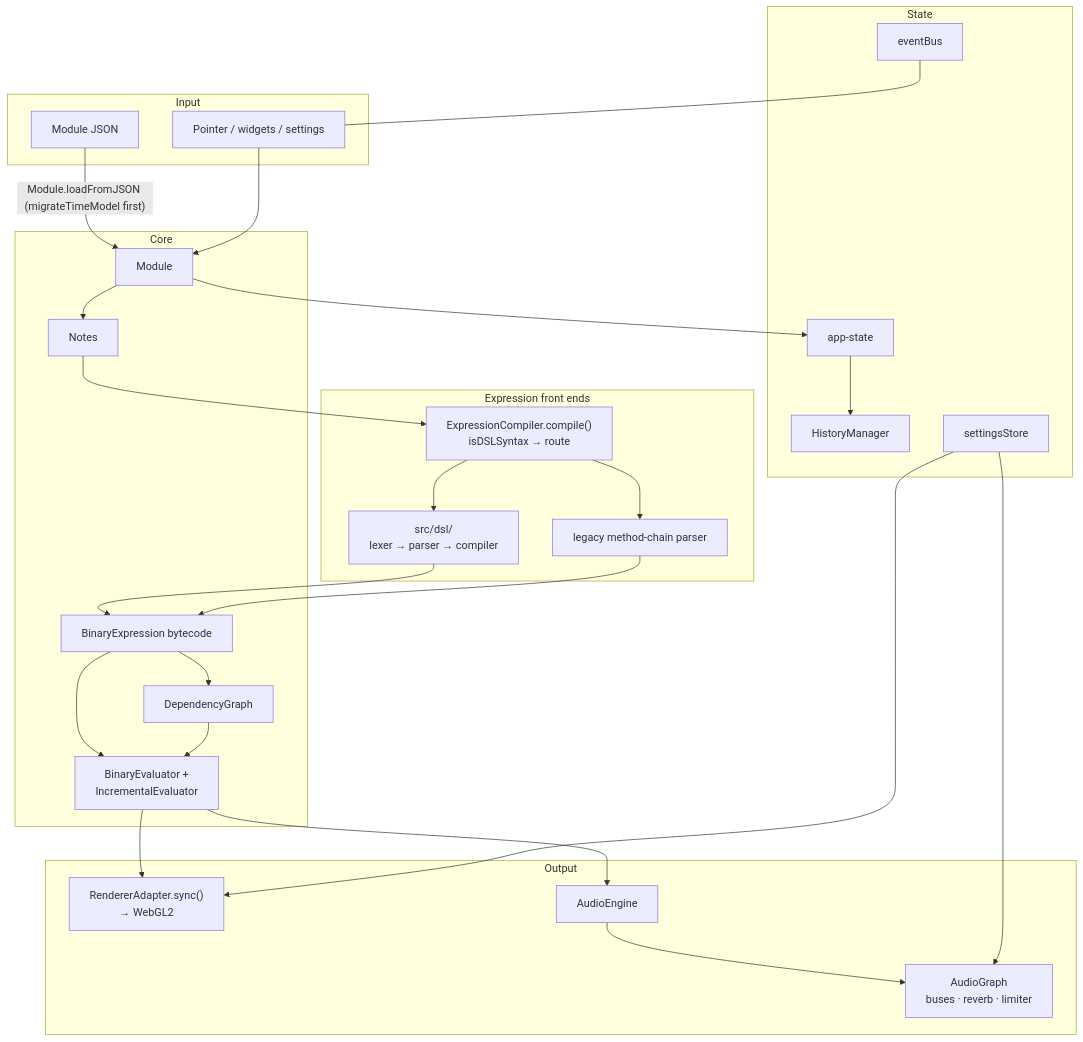
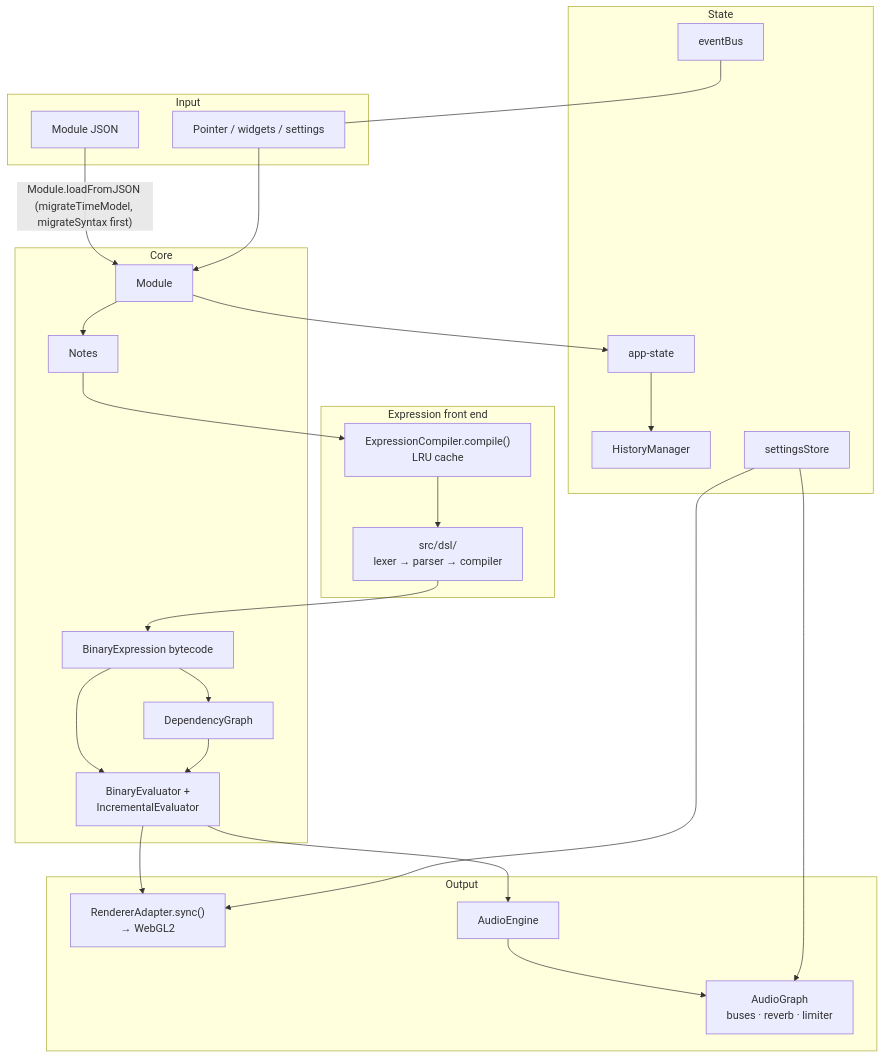
One commit to 3merillon/rmt-compose-poc changed the diagram in docs/developer/architecture/overview.md. Above: the diagram before and after it, drawn with Mermaid. The commit also changed other lines of this file and 92 other files, not shown here.

````diff
--- a/docs/developer/architecture/overview.md
+++ b/docs/developer/architecture/overview.md
@@ -32,54 +32,51 @@
 ```mermaid
 flowchart TB
     subgraph Input["Input"]
         JSON[Module JSON]
         UI[Pointer / widgets / settings]
     end
 
-    subgraph Front["Expression front ends"]
-        ROUTE["ExpressionCompiler.compile()<br/>isDSLSyntax → route"]
+    subgraph Front["Expression front end"]
+        COMP["ExpressionCompiler.compile()<br/>LRU cache"]
         DSL["src/dsl/<br/>lexer → parser → compiler"]
-        LEG["legacy method-chain parser"]
     end
 
     subgraph Core["Core"]
         MOD[Module]
         NOTE[Notes]
         BIN[BinaryExpression bytecode]
         DEP[DependencyGraph]
         EVAL["BinaryEvaluator +<br/>IncrementalEvaluator"]
     end
 
     subgraph Output["Output"]
         REND["RendererAdapter.sync()<br/>→ WebGL2"]
         AENG[AudioEngine]
         AGRAPH["AudioGraph<br/>buses · reverb · limiter"]
     end
 
     subgraph State["State"]
         APP[app-state]
         HIST[HistoryManager]
         BUS[eventBus]
         SET[settingsStore]
     end
 
-    JSON -->|"Module.loadFromJSON (migrateTimeModel first)"| MOD
+    JSON -->|"Module.loadFromJSON (migrateTimeModel, migrateSyntax first)"| MOD
     UI --> MOD
     MOD --> NOTE
-    NOTE --> ROUTE
-    ROUTE --> DSL
-    ROUTE --> LEG
+    NOTE --> COMP
+    COMP --> DSL
     DSL --> BIN
-    LEG --> BIN
     BIN --> DEP
     BIN --> EVAL
     DEP --> EVAL
     EVAL --> REND
     EVAL --> AENG
     AENG --> AGRAPH
     MOD --> APP
     APP --> HIST
     BUS --- UI
     SET --> REND
     SET --> AGRAPH
 ```
````
